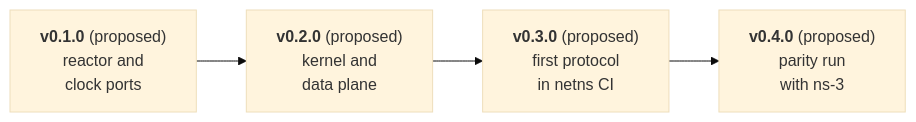
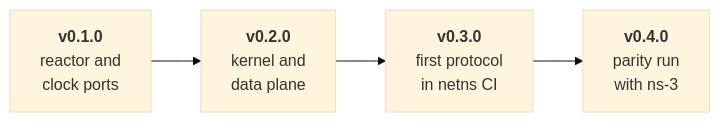
The diagram in docs/roadmap.md (swarm-routing/swarm-routingd), drawn with Mermaid (base theme) before and after one commit. The commit also changed other lines of this file and 5 other files, not shown here.

````diff
--- a/docs/roadmap.md
+++ b/docs/roadmap.md
@@ -23,8 +30,8 @@
 ```mermaid
 flowchart LR
-    V01["<b>v0.1.0</b> (proposed)<br/>reactor and<br/>clock ports"]
-    V02["<b>v0.2.0</b> (proposed)<br/>kernel and<br/>data plane"]
-    V03["<b>v0.3.0</b> (proposed)<br/>first protocol<br/>in netns CI"]
-    V04["<b>v0.4.0</b> (proposed)<br/>parity run<br/>with ns-3"]
+    V01["<b>v0.1.0</b><br/>reactor and<br/>clock ports"]
+    V02["<b>v0.2.0</b><br/>kernel and<br/>data plane"]
+    V03["<b>v0.3.0</b><br/>first protocol<br/>in netns CI"]
+    V04["<b>v0.4.0</b><br/>parity run<br/>with ns-3"]
     V01 --> V02 --> V03 --> V04
 ```
````
